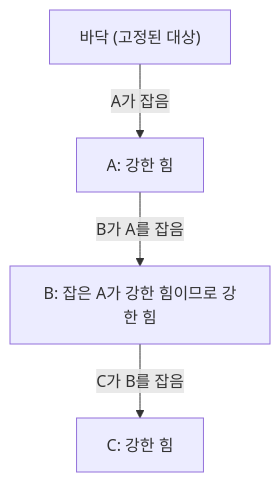
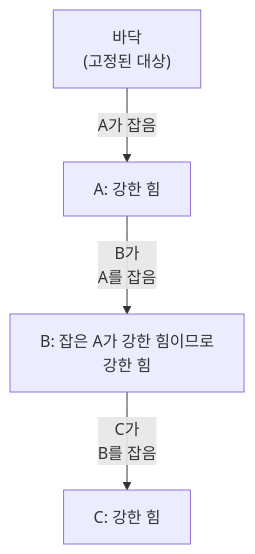
Before and after one commit to SaGiKun4/portfolio-SaGiKun4: the sixth of 12 diagrams in src/02-WeGotOne/프로젝트문서.md, drawn with Mermaid. The commit also changed other lines of this file and 8 other files, not shown here.

First line of the commit message:
슬라이드 정리: WeGotOne 5.2·6.2·7.2 시각 자료 키우기, MagiCard 다이어그램 가로

````diff
--- a/src/02-WeGotOne/프로젝트문서.md
+++ b/src/02-WeGotOne/프로젝트문서.md
@@ -259,6 +259,7 @@
 ```mermaid
+%% deck: LR
 flowchart TB
-    G["바닥 (고정된 대상)"] -->|"A가 잡음"| A["A: 강한 힘"]
-    A -->|"B가 A를 잡음"| B["B: 잡은 A가 강한 힘이므로 강한 힘"]
-    B -->|"C가 B를 잡음"| C["C: 강한 힘"]
+    G["바닥<br/>(고정된 대상)"] -->|"A가 잡음"| A["A: 강한 힘"]
+    A -->|"B가<br/>A를 잡음"| B["B: 잡은 A가 강한 힘이므로<br/>강한 힘"]
+    B -->|"C가<br/>B를 잡음"| C["C: 강한 힘"]
 ```
````
